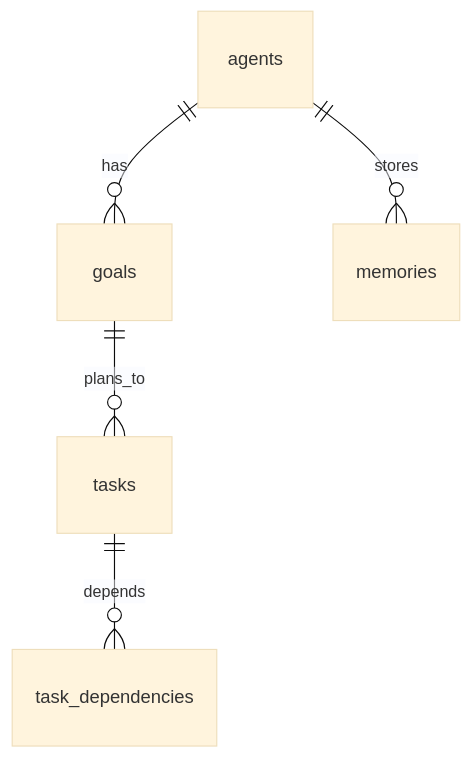
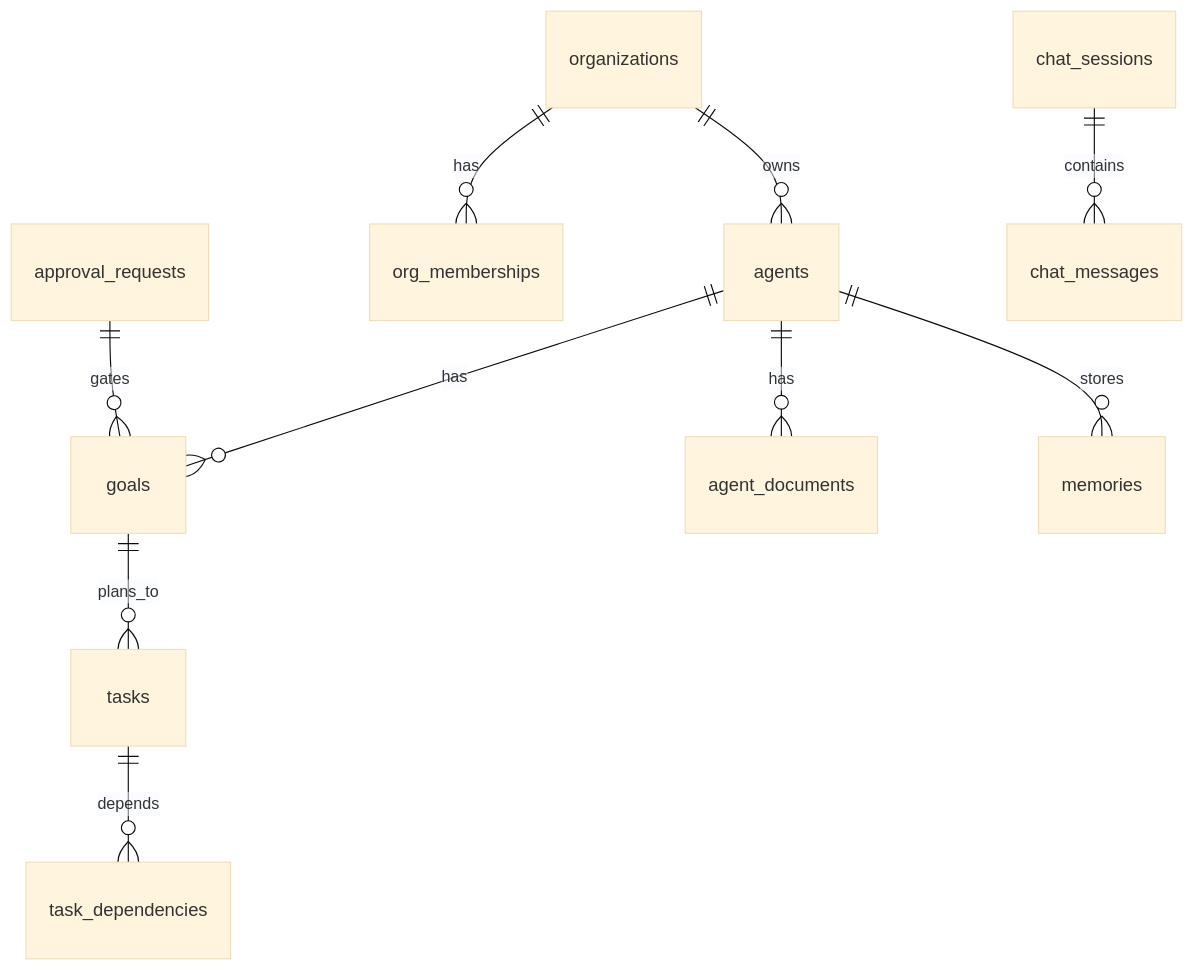
One commit to prashanthrajagopal/prashanthrajagopal.github.io changed the diagram in docs/wiki/astra/reference/database-schema.md. Above: the diagram before and after it, drawn with Mermaid (base theme). The commit also changed other lines of this file and 18 other files, not shown here.

````diff
--- a/docs/wiki/astra/reference/database-schema.md
+++ b/docs/wiki/astra/reference/database-schema.md
@@ -16,7 +16,12 @@
 ```mermaid
 erDiagram
+  organizations ||--o{ agents : owns
+  organizations ||--o{ org_memberships : has
   agents ||--o{ goals : has
+  agents ||--o{ agent_documents : has
   agents ||--o{ memories : stores
   goals ||--o{ tasks : plans_to
   tasks ||--o{ task_dependencies : depends
+  approval_requests ||--o{ goals : gates
+  chat_sessions ||--o{ chat_messages : contains
 ```
````
